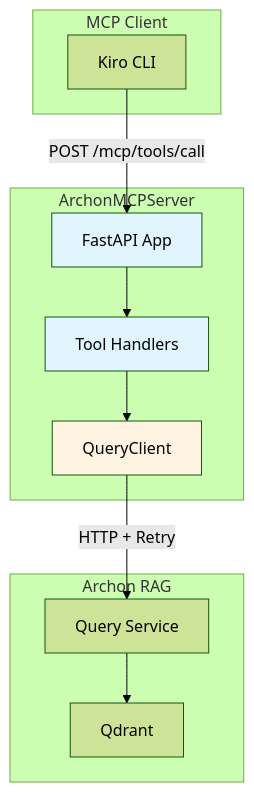
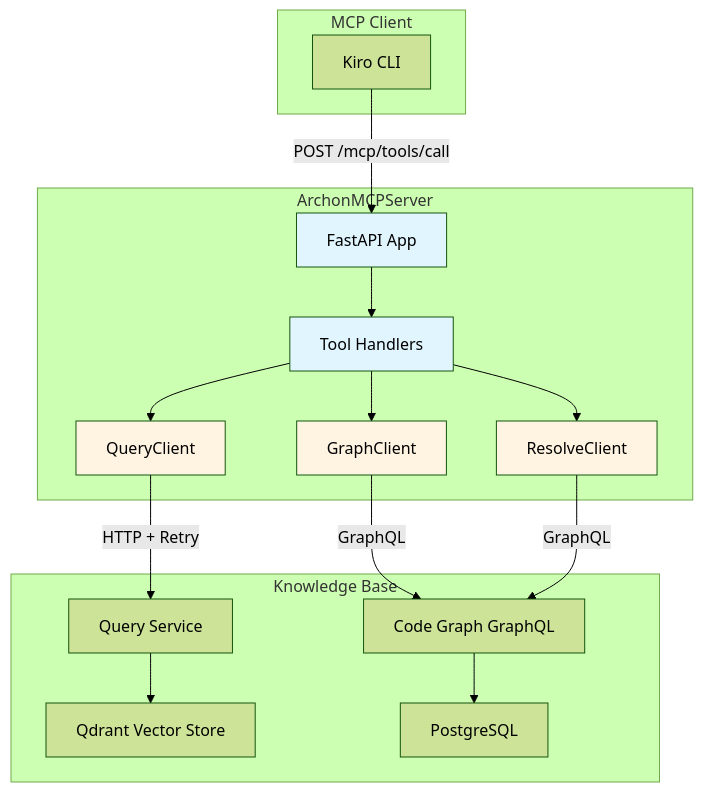
Before and after one commit to bdchatham/ArchonMCPServer: the first of 6 diagrams in .kiro/docs/architecture.md, drawn with Mermaid (forest theme). The commit also changed other lines of this file and 43 other files, not shown here.

Commit message:
Updating server, models and tools for knowledge base generation job use.

````diff
--- a/.kiro/docs/architecture.md
+++ b/.kiro/docs/architecture.md
@@ -7,27 +7,38 @@
 ```mermaid
 graph TD
     subgraph "MCP Client"
         A[Kiro CLI]
     end
     
     subgraph "ArchonMCPServer"
         B[FastAPI App]
         C[Tool Handlers]
         D[QueryClient]
+        E[GraphClient]
+        F[ResolveClient]
     end
     
-    subgraph "Archon RAG"
-        E[Query Service]
-        F[Qdrant]
+    subgraph "Knowledge Base"
+        G[Query Service]
+        H[Qdrant Vector Store]
+        I[Code Graph GraphQL]
+        J[PostgreSQL]
     end
     
     A -->|POST /mcp/tools/call| B
     B --> C
     C --> D
-    D -->|HTTP + Retry| E
-    E --> F
+    C --> E
+    C --> F
+    D -->|HTTP + Retry| G
+    G --> H
+    E -->|GraphQL| I
+    I --> J
+    F -->|GraphQL| I
     
     style B fill:#e1f5ff
     style C fill:#e1f5ff
     style D fill:#fff4e1
+    style E fill:#fff4e1
+    style F fill:#fff4e1
 ```
````
